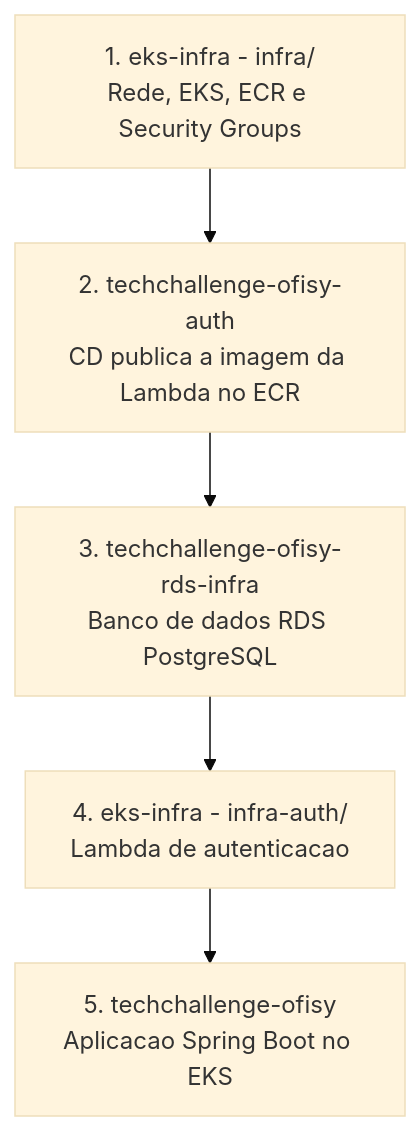
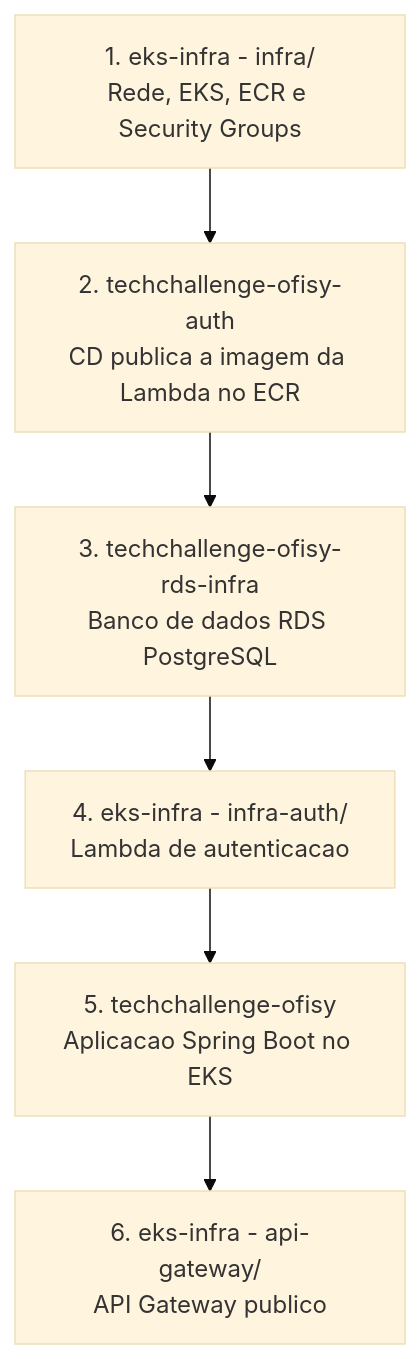
Before and after one commit to 15SOAT-FIAP/techchallenge-ofisy-eks-infra: the diagram in README.md, drawn with Mermaid (base theme). The commit also changed other lines of this file and 7 other files, not shown here.

````diff
--- a/README.md
+++ b/README.md
@@ -52,10 +55,11 @@
 ```mermaid
 flowchart TD
     P1["1. eks-infra - infra/<br/>Rede, EKS, ECR e Security Groups"]
     P2["2. techchallenge-ofisy-auth<br/>CD publica a imagem da Lambda no ECR"]
     P3["3. techchallenge-ofisy-rds-infra<br/>Banco de dados RDS PostgreSQL"]
     P4["4. eks-infra - infra-auth/<br/>Lambda de autenticacao"]
     P5["5. techchallenge-ofisy<br/>Aplicacao Spring Boot no EKS"]
+    P6["6. eks-infra - api-gateway/<br/>API Gateway publico"]
 
-    P1 --> P2 --> P3 --> P4 --> P5
+    P1 --> P2 --> P3 --> P4 --> P5 --> P6
 ```
````
